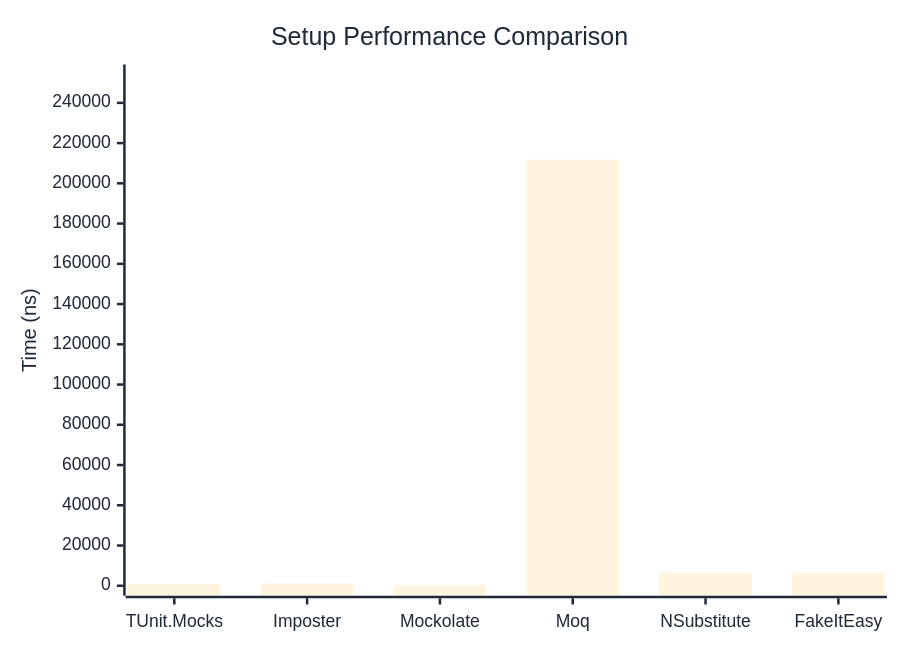
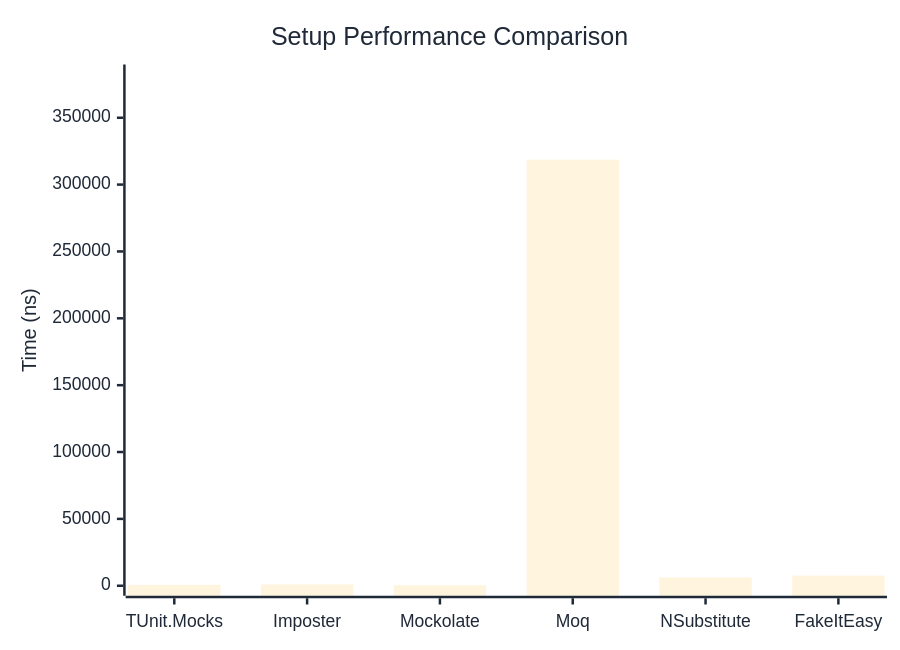
The first of 2 diagrams in docs/docs/benchmarks/mocks/Setup.md (thomhurst/TUnit), drawn with Mermaid before and after one commit. The commit also changed other lines of this file and 14 other files, not shown here.

````diff
--- a/docs/docs/benchmarks/mocks/Setup.md
+++ b/docs/docs/benchmarks/mocks/Setup.md
@@ -30,27 +30,27 @@
 ```mermaid
 %%{init: {
   'theme':'base',
   'themeVariables': {
     'primaryColor': '#2563eb',
     'primaryTextColor': '#1f2937',
     'primaryBorderColor': '#1e40af',
     'lineColor': '#6b7280',
     'secondaryColor': '#7c3aed',
     'tertiaryColor': '#dc2626',
     'background': '#ffffff',
     'pie1': '#2563eb',
     'pie2': '#7c3aed',
     'pie3': '#dc2626',
     'pie4': '#f59e0b',
     'pie5': '#10b981',
     'pie6': '#06b6d4',
     'pie7': '#ec4899',
     'pie8': '#6366f1'
   }
 }}%%
 xychart-beta
   title "Setup Performance Comparison"
   x-axis ["TUnit.Mocks", "Imposter", "Mockolate", "Moq", "NSubstitute", "FakeItEasy"]
-  y-axis "Time (ns)" 0 --> 254096
-  bar [683.1, 1037.4, 397.8, 211746.6, 6392.7, 6395.1]
+  y-axis "Time (ns)" 0 --> 382331
+  bar [645.5, 960.7, 370.3, 318608.7, 6183.3, 7574.7]
 ```
````
